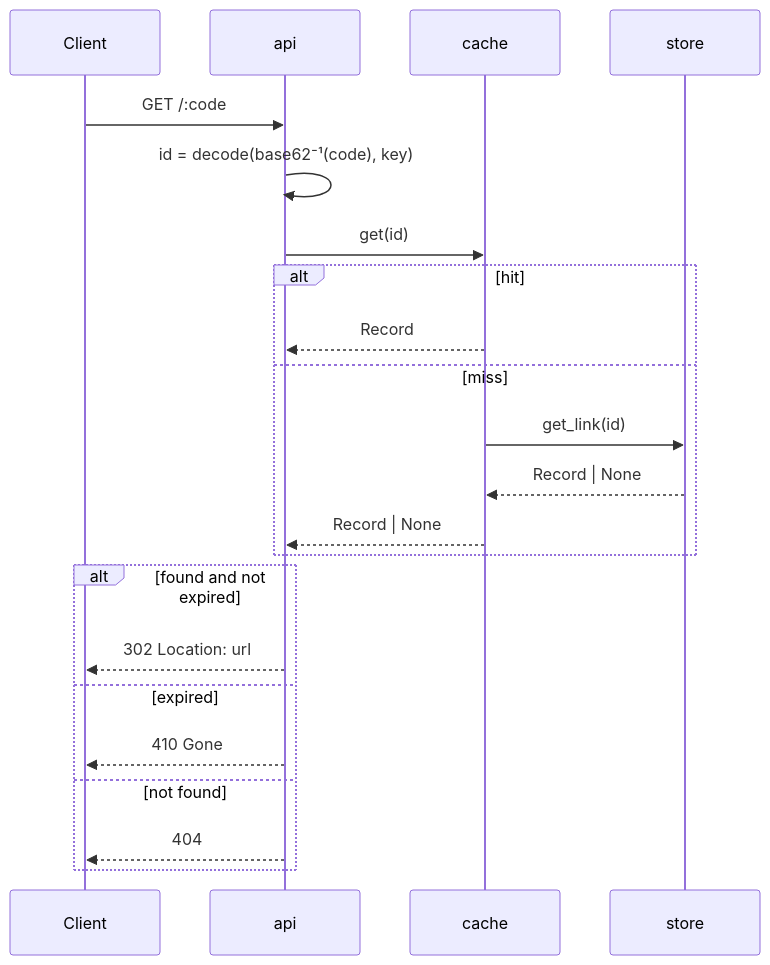
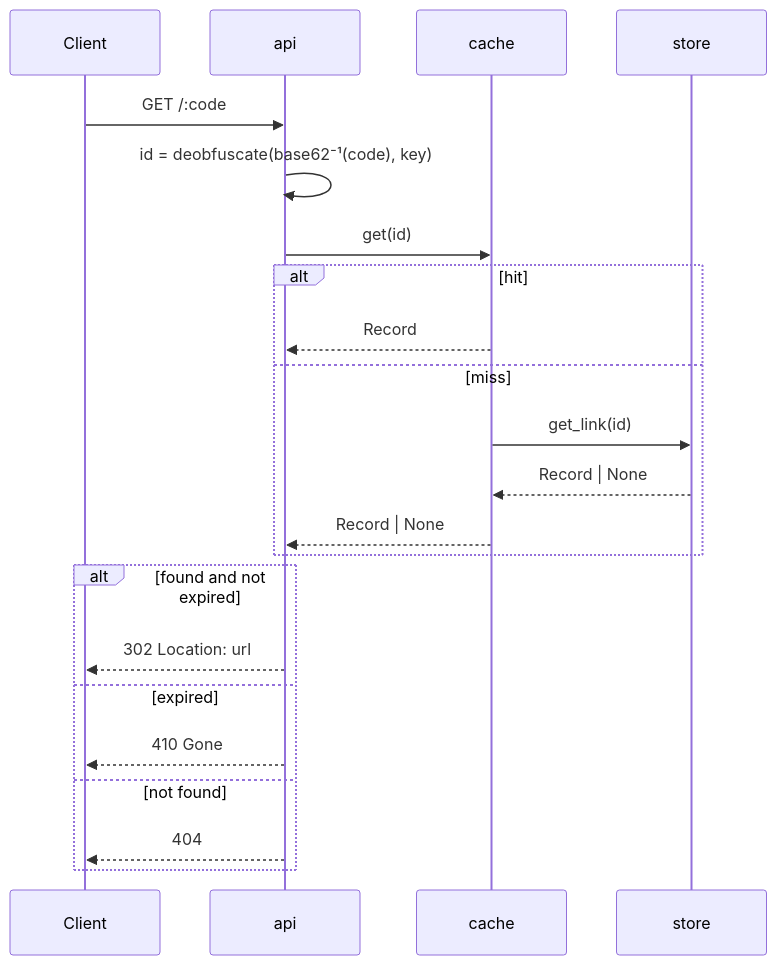
Before and after one commit to lucasolopes/quark: the second of 3 diagrams in README.PT_BR.md, drawn with Mermaid. The commit also changed other lines of this file and 24 other files, not shown here.

````diff
--- a/README.PT_BR.md
+++ b/README.PT_BR.md
@@ -79,24 +79,24 @@
 ```mermaid
 sequenceDiagram
     participant Cli as Client
     participant Api as api
     participant Ca as cache
     participant St as store
     Cli->>Api: GET /:code
-    Api->>Api: id = decode(base62⁻¹(code), key)
+    Api->>Api: id = deobfuscate(base62⁻¹(code), key)
     Api->>Ca: get(id)
     alt hit
         Ca-->>Api: Record
     else miss
         Ca->>St: get_link(id)
         St-->>Ca: Record | None
         Ca-->>Api: Record | None
     end
     alt found and not expired
         Api-->>Cli: 302 Location: url
     else expired
         Api-->>Cli: 410 Gone
     else not found
         Api-->>Cli: 404
     end
 ```
````
